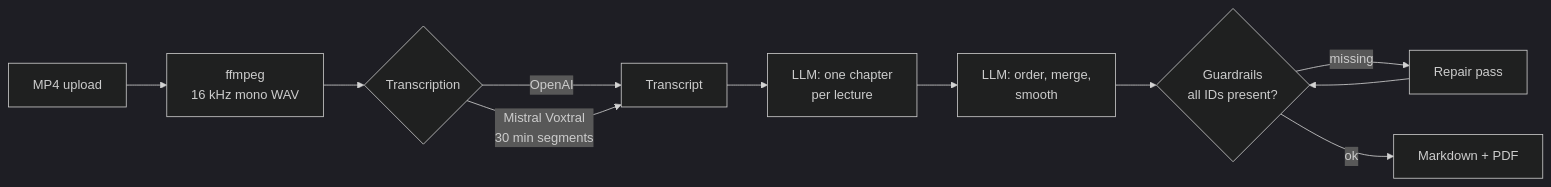
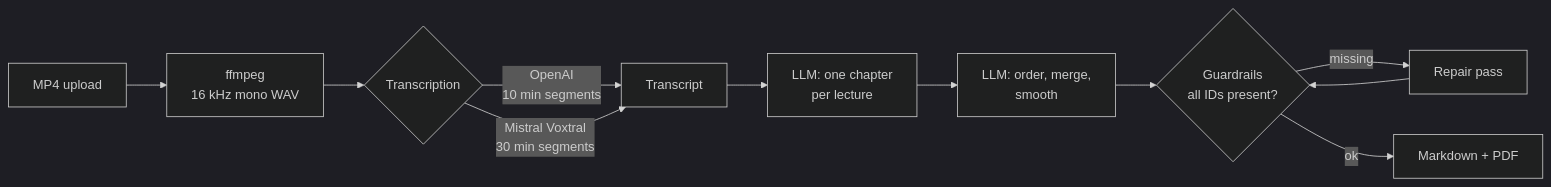
The diagram in README.md (amroeser/lecture-notes-app), drawn with Mermaid (dark theme) before and after one commit. The commit also changed other lines of this file and 18 other files, not shown here.

````diff
--- a/README.md
+++ b/README.md
@@ -101,12 +101,12 @@
 ```mermaid
 flowchart LR
     A[MP4 upload] --> B[ffmpeg<br/>16 kHz mono WAV]
     B --> C{Transcription}
-    C -->|OpenAI| D[Transcript]
+    C -->|OpenAI<br/>10 min segments| D[Transcript]
     C -->|Mistral Voxtral<br/>30 min segments| D
     D --> E[LLM: one chapter<br/>per lecture]
     E --> F[LLM: order, merge,<br/>smooth]
     F --> G{Guardrails<br/>all IDs present?}
     G -->|missing| H[Repair pass] --> G
     G -->|ok| I[Markdown + PDF]
 ```
````
